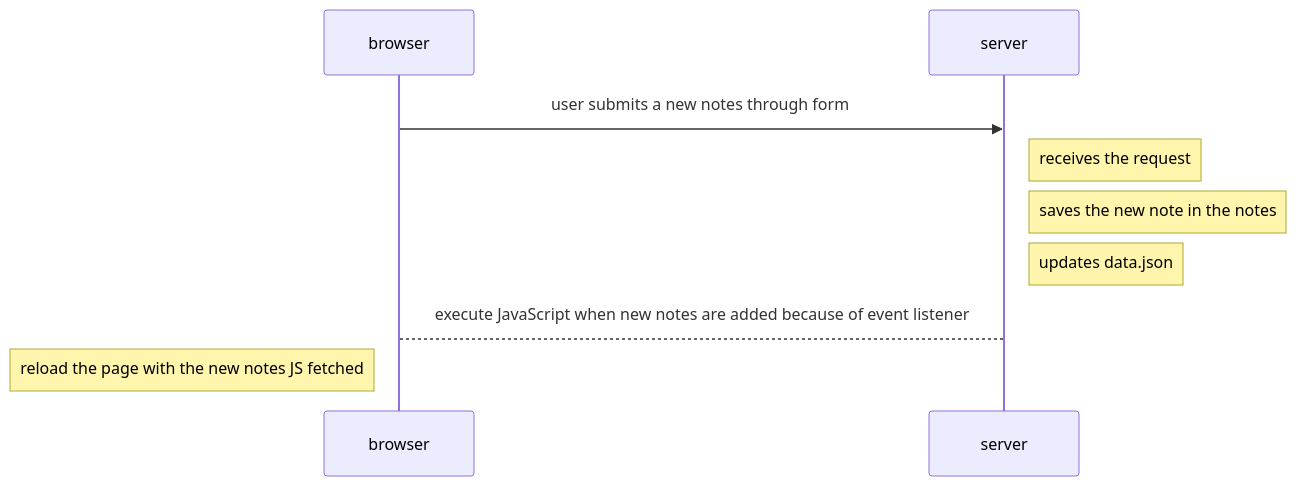
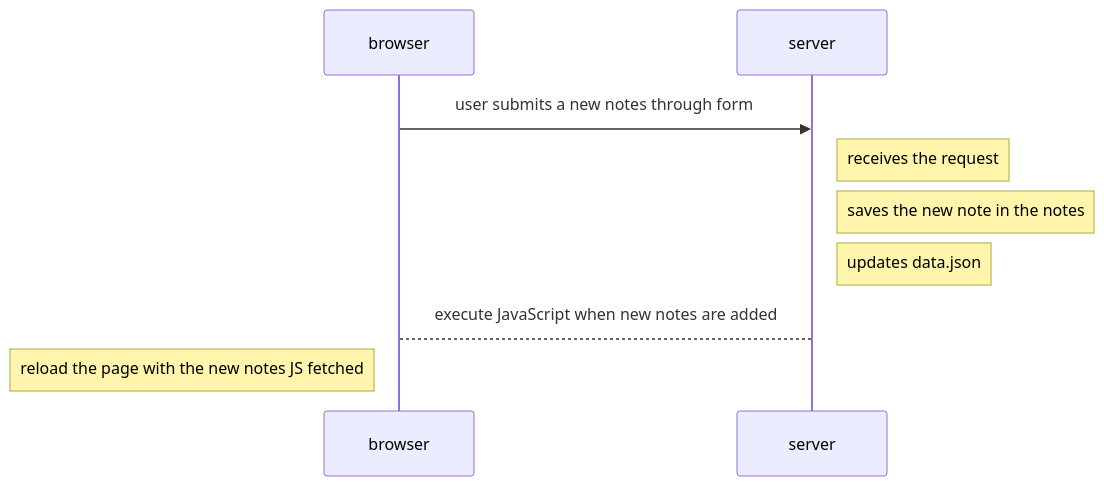
The diagram in part-0/0.4 - New Note Diagram/README.md (LeejanAlipio/fullstackopen), drawn with Mermaid before and after one commit.

Commit message:
docs: remove reason on why js executs everytime a new note is added

````diff
--- a/part-0/0.4 - New Note Diagram/README.md
+++ b/part-0/0.4 - New Note Diagram/README.md
@@ -4,9 +4,9 @@
 ```mermaid
 sequenceDiagram
   browser->>server: user submits a new notes through form
   Note right of server: receives the request
   Note right of server: saves the new note in the notes
   Note right of server: updates data.json
-  server-->browser: execute JavaScript when new notes are added because of event listener
+  server-->browser: execute JavaScript when new notes are added
   note left of browser: reload the page with the new notes JS fetched
 ```
````
